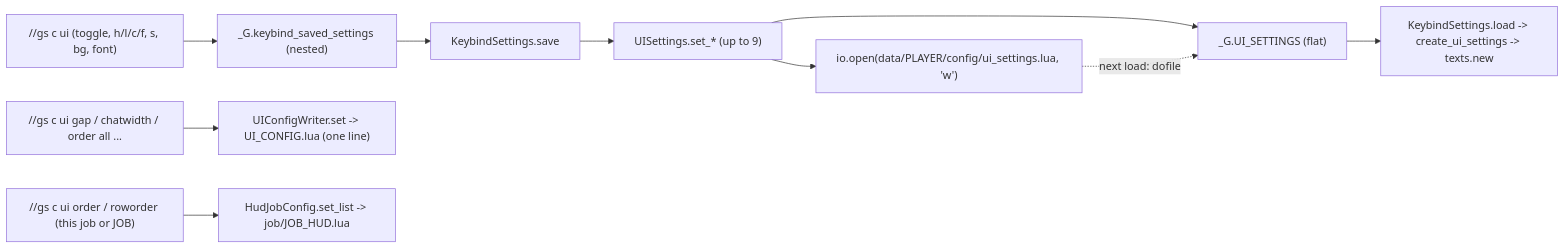
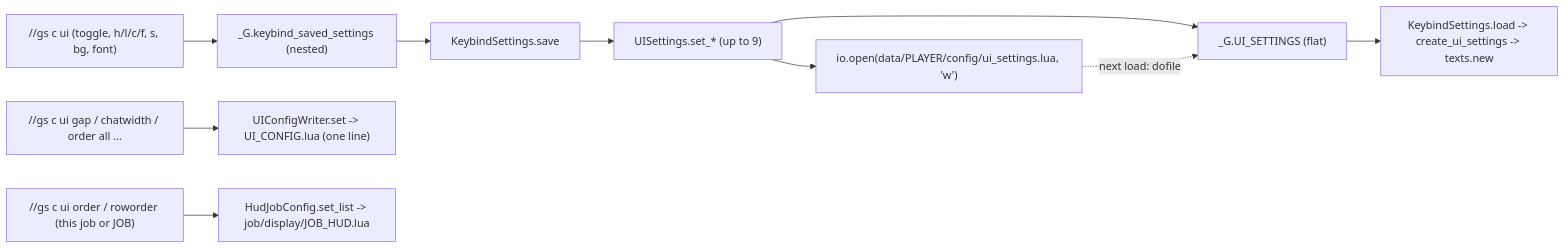
The fourth of 5 diagrams in docs/dev/systems/ui-overlay.md (ejouanchicot/Gearswap), drawn with Mermaid before and after one commit. The commit also changed other lines of this file and 44 other files, not shown here.

````diff
--- a/docs/dev/systems/ui-overlay.md
+++ b/docs/dev/systems/ui-overlay.md
@@ -229,12 +229,12 @@
 ```mermaid
 flowchart LR
     CMD["//gs c ui (toggle, h/l/c/f, s, bg, font)"] --> KSS["_G.keybind_saved_settings (nested)"]
     KSS --> KS["KeybindSettings.save"]
     KS --> SET["UISettings.set_* (up to 9)"]
     SET --> GUS["_G.UI_SETTINGS (flat)"]
     SET --> FILE["io.open(data/PLAYER/config/ui_settings.lua, 'w')"]
     FILE -. "next load: dofile" .-> GUS
     GUS --> LOAD["KeybindSettings.load -> create_ui_settings -> texts.new"]
     LOOK["//gs c ui gap / chatwidth / order all ..."] --> W["UIConfigWriter.set -> UI_CONFIG.lua (one line)"]
-    ORD["//gs c ui order / roworder (this job or JOB)"] --> HJ["HudJobConfig.set_list -> job/JOB_HUD.lua"]
+    ORD["//gs c ui order / roworder (this job or JOB)"] --> HJ["HudJobConfig.set_list -> job/display/JOB_HUD.lua"]
 ```
````
